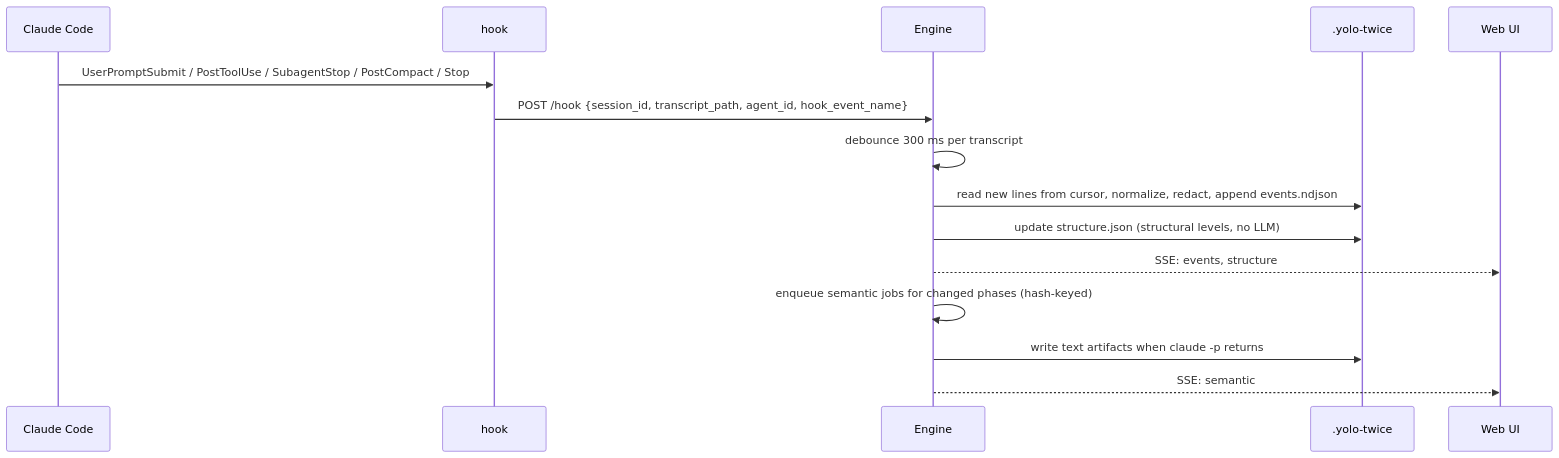
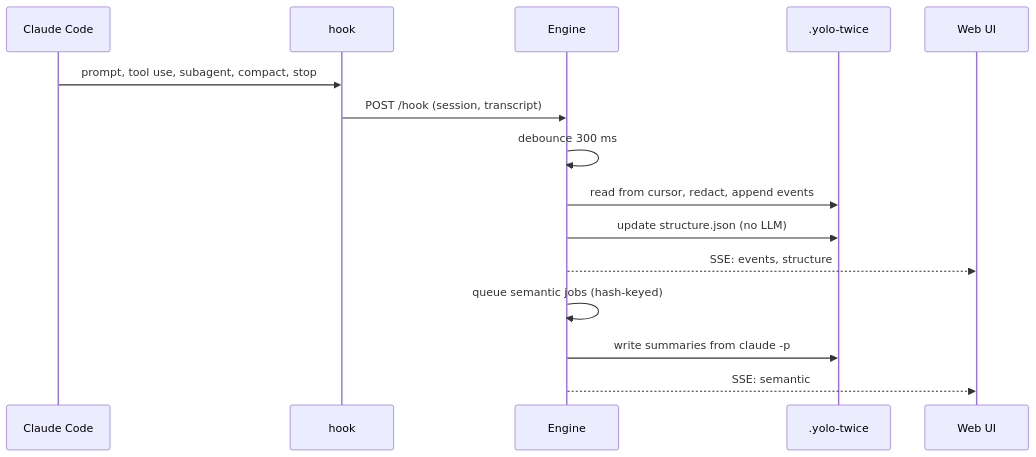
The second of 3 diagrams in code/site/how-it-works.md (bar9/yolo-twice), drawn with Mermaid before and after one commit. The commit also changed other lines of this file and 18 other files, not shown here.

First line of the commit message:
Site and pitch: plain high-contrast diagrams, "mode" instead of "detent"

````diff
--- a/code/site/how-it-works.md
+++ b/code/site/how-it-works.md
@@ -24,17 +24,17 @@
 ```mermaid
 sequenceDiagram
   participant CC as Claude Code
   participant H as hook
   participant E as Engine
   participant S as .yolo-twice
   participant UI as Web UI
-  CC->>H: UserPromptSubmit / PostToolUse / SubagentStop / PostCompact / Stop
-  H->>E: POST /hook {session_id, transcript_path, agent_id, hook_event_name}
-  E->>E: debounce 300 ms per transcript
-  E->>S: read new lines from cursor, normalize, redact, append events.ndjson
-  E->>S: update structure.json (structural levels, no LLM)
+  CC->>H: prompt, tool use, subagent, compact, stop
+  H->>E: POST /hook (session, transcript)
+  E->>E: debounce 300 ms
+  E->>S: read from cursor, redact, append events
+  E->>S: update structure.json (no LLM)
   E-->>UI: SSE: events, structure
-  E->>E: enqueue semantic jobs for changed phases (hash-keyed)
-  E->>S: write text artifacts when claude -p returns
+  E->>E: queue semantic jobs (hash-keyed)
+  E->>S: write summaries from claude -p
   E-->>UI: SSE: semantic
 ```
````
